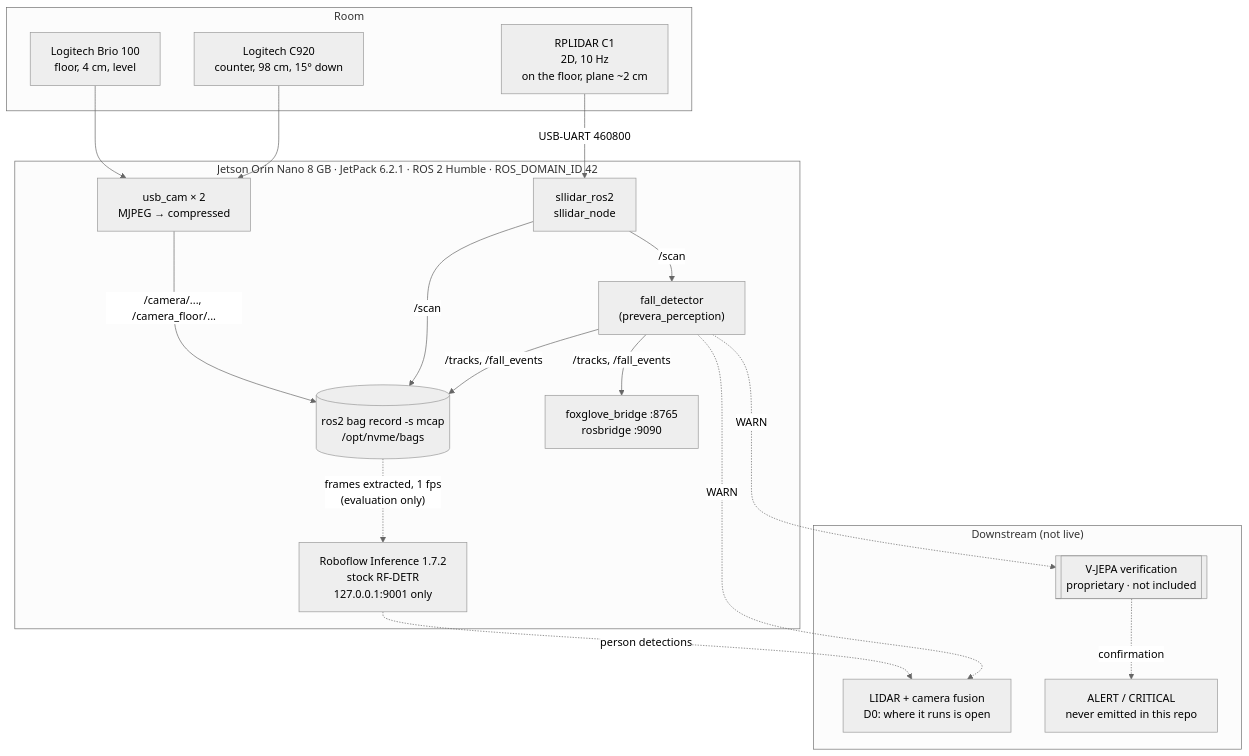
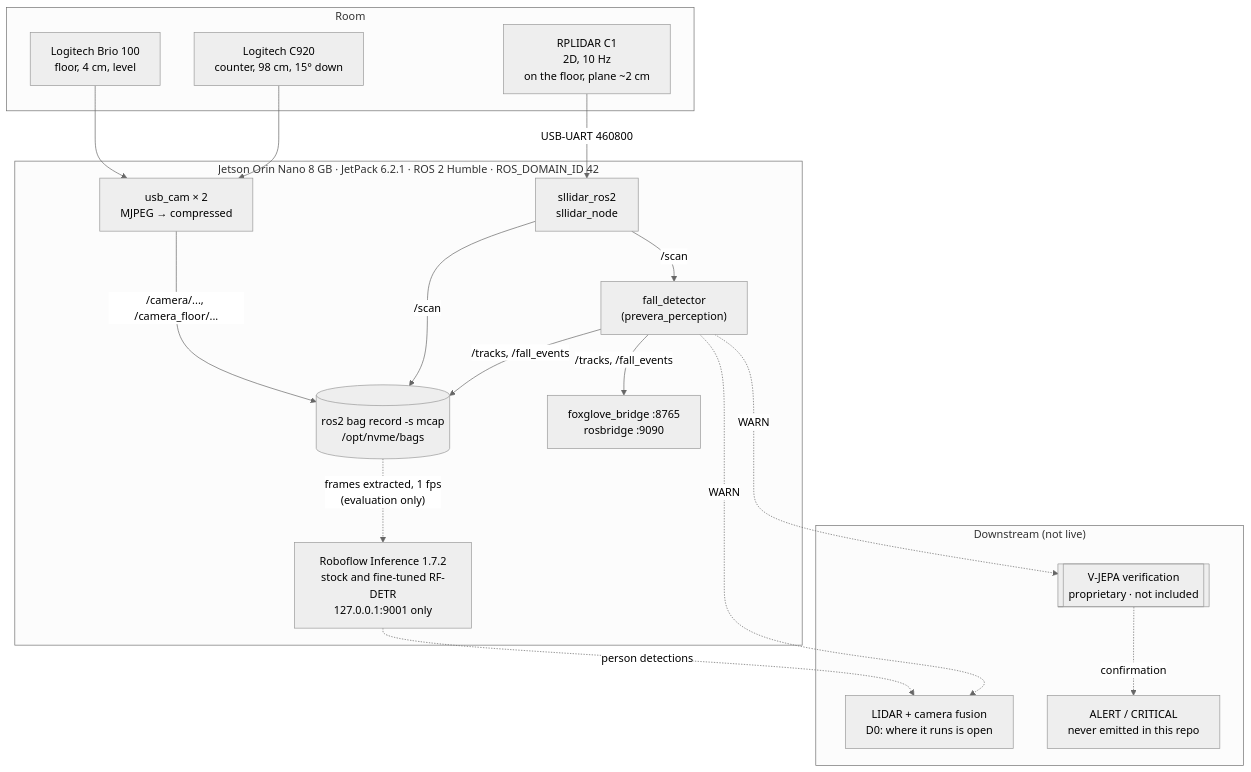
Before and after one commit to JeremyGracey-AI/prevera-guardian-lidar: the first of 4 diagrams in docs/ARCHITECTURE.md, drawn with Mermaid (neutral theme). The commit also changed other lines of this file and 2 other files, not shown here.

First line of the commit message:
docs: decision records, process and architecture brought to the 2026-09-28 state

````diff
--- a/docs/ARCHITECTURE.md
+++ b/docs/ARCHITECTURE.md
@@ -11,37 +11,37 @@
 ```mermaid
 flowchart TB
   subgraph room["Room"]
     lidar["RPLIDAR C1<br/>2D, 10 Hz<br/>on the floor, plane ~2 cm"]
     c920["Logitech C920<br/>counter, 98 cm, 15° down"]
     brio["Logitech Brio 100<br/>floor, 4 cm, level"]
   end
 
   subgraph jetson["Jetson Orin Nano 8 GB · JetPack 6.2.1 · ROS 2 Humble · ROS_DOMAIN_ID 42"]
     drv["sllidar_ros2<br/>sllidar_node"]
     det["fall_detector<br/>(prevera_perception)"]
     cams["usb_cam × 2<br/>MJPEG → compressed"]
     bag[("ros2 bag record -s mcap<br/>/opt/nvme/bags")]
-    inf["Roboflow Inference 1.7.2<br/>stock RF-DETR<br/>127.0.0.1:9001 only"]
+    inf["Roboflow Inference 1.7.2<br/>stock and fine-tuned RF-DETR<br/>127.0.0.1:9001 only"]
     fox["foxglove_bridge :8765<br/>rosbridge :9090"]
   end
 
   subgraph downstream["Downstream (not live)"]
     fus["LIDAR + camera fusion<br/>D0: where it runs is open"]
     vj[["V-JEPA verification<br/>proprietary · not included"]]
     alert["ALERT / CRITICAL<br/>never emitted in this repo"]
   end
 
   lidar -- "USB-UART 460800" --> drv
   drv -- "/scan" --> det
   det -- "/tracks, /fall_events" --> fox
   det -- "/tracks, /fall_events" --> bag
   drv -- "/scan" --> bag
   c920 --> cams
   brio --> cams
   cams -- "/camera/..., /camera_floor/..." --> bag
   bag -. "frames extracted, 1 fps<br/>(evaluation only)" .-> inf
   det -. "WARN" .-> fus
   inf -. "person detections" .-> fus
   det -. "WARN" .-> vj
   vj -. "confirmation" .-> alert
 ```
````
